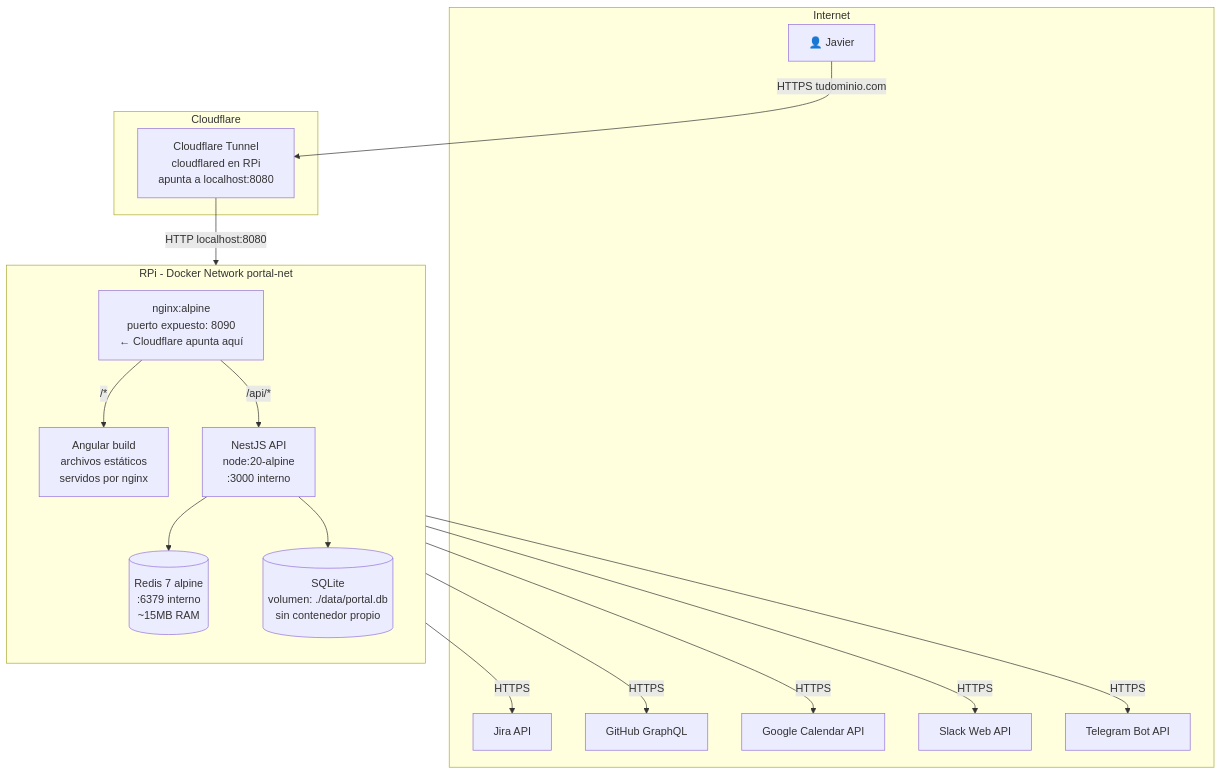
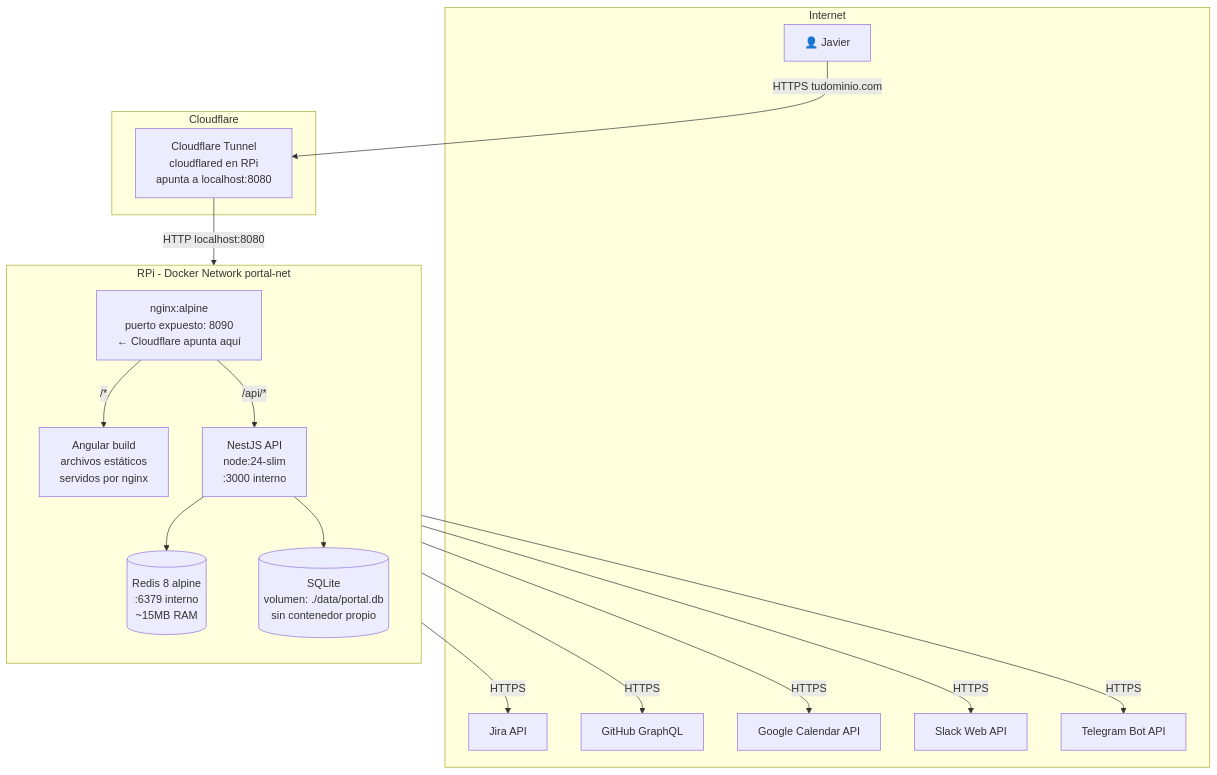
One commit to fjbatresv/daily-portal changed the seventh of 9 diagrams in daily-portal-architecture.md. Above: the diagram before and after it, drawn with Mermaid. The commit also changed other lines of this file and 47 other files, not shown here.

````diff
--- a/daily-portal-architecture.md
+++ b/daily-portal-architecture.md
@@ -271,37 +271,37 @@
 ```mermaid
 graph TB
   subgraph Internet
     USER[👤 Javier]
     JIRA_E[Jira API]
     GH_E[GitHub GraphQL]
     GCAL_E[Google Calendar API]
     SLACK_E[Slack Web API]
     TG_E[Telegram Bot API]
   end
 
   subgraph Cloudflare
     CF[Cloudflare Tunnel<br/>cloudflared en RPi<br/>apunta a localhost:8080]
   end
 
   USER -->|HTTPS tudominio.com| CF
 
   subgraph RPi - Docker Network portal-net
     direction TB
     NGINX[nginx:alpine<br/>puerto expuesto: 8090<br/>← Cloudflare apunta aquí]
     ANGULAR[Angular build<br/>archivos estáticos<br/>servidos por nginx]
-    NESTJS[NestJS API<br/>node:20-alpine<br/>:3000 interno]
-    REDIS[(Redis 7 alpine<br/>:6379 interno<br/>~15MB RAM)]
+    NESTJS[NestJS API<br/>node:24-slim<br/>:3000 interno]
+    REDIS[(Redis 8 alpine<br/>:6379 interno<br/>~15MB RAM)]
     SQLITE[(SQLite<br/>volumen: ./data/portal.db<br/>sin contenedor propio)]
   end
 
   CF -->|HTTP localhost:8080| NGINX
   NGINX -->|/* | ANGULAR
   NGINX -->|/api/*| NESTJS
   NESTJS --> REDIS
   NESTJS --> SQLITE
   NESTJS -->|HTTPS| JIRA_E
   NESTJS -->|HTTPS| GH_E
   NESTJS -->|HTTPS| GCAL_E
   NESTJS -->|HTTPS| SLACK_E
   NESTJS -->|HTTPS| TG_E
 ```
````
